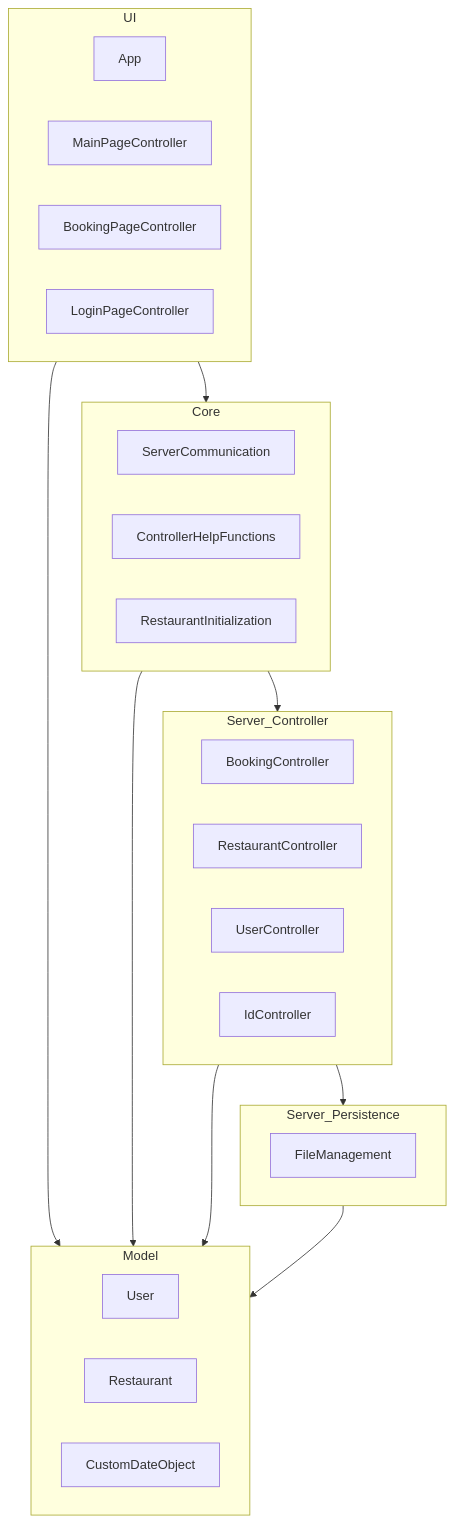
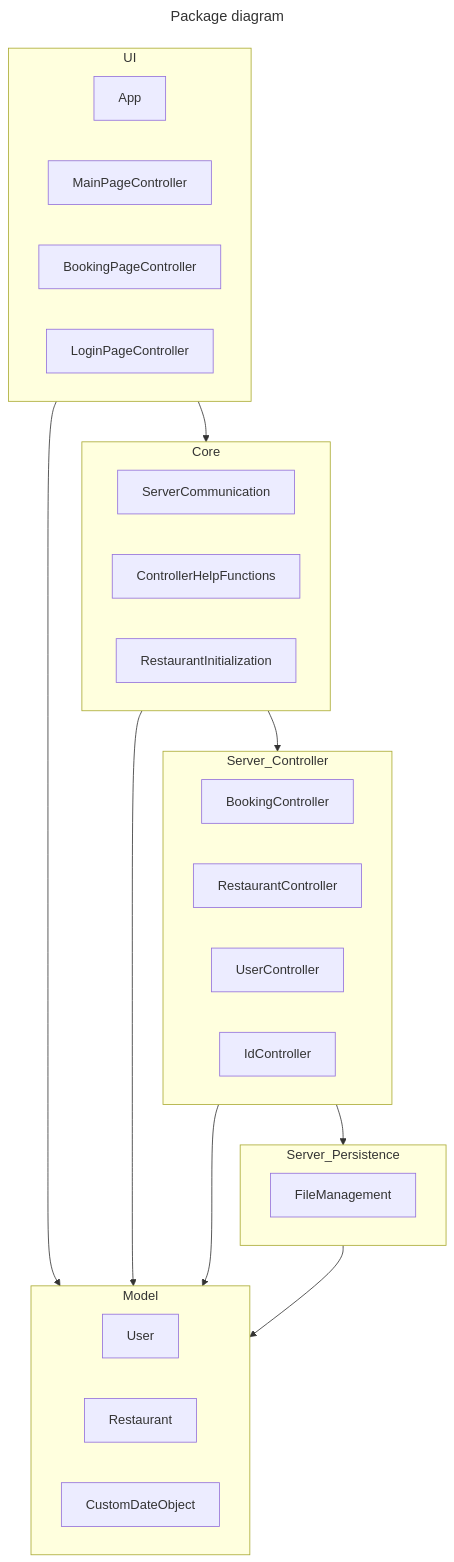
Before and after one commit to marsun02/IT1901_Booking_Manager: the diagram in docs/diagrams/Package-diagram.md, drawn with Mermaid. The commit also changed other lines of this file and 3 other files, not shown here.

First line of the commit message:
docs: :memo: Added links to root README, and linked root README back to the diagrams #159

````diff
--- a/docs/diagrams/Package-diagram.md
+++ b/docs/diagrams/Package-diagram.md
@@ -1,52 +1,55 @@
 ```mermaid
+---
+title: Package diagram
+---
     flowchart TD
 
     %% packages
 
     subgraph UI
         App
         MainPageController
         BookingPageController
         LoginPageController
     end    
 
 
     
     subgraph Core
         ServerCommunication
         ControllerHelpFunctions
         RestaurantInitialization
     end   
 
     
     subgraph Model
         User
         Restaurant
         CustomDateObject
     end 
 
 
     subgraph Server_Controller
         BookingController
         RestaurantController
         UserController
         IdController
     end
 
     subgraph Server_Persistence
         FileManagement
     end
 
 
     %% Dependencies
     UI --> Core
     UI --> Model
 
     Core --> Model
     Core --> Server_Controller
 
     Server_Controller --> Model
     Server_Controller --> Server_Persistence
 
     Server_Persistence --> Model
 ```
````
